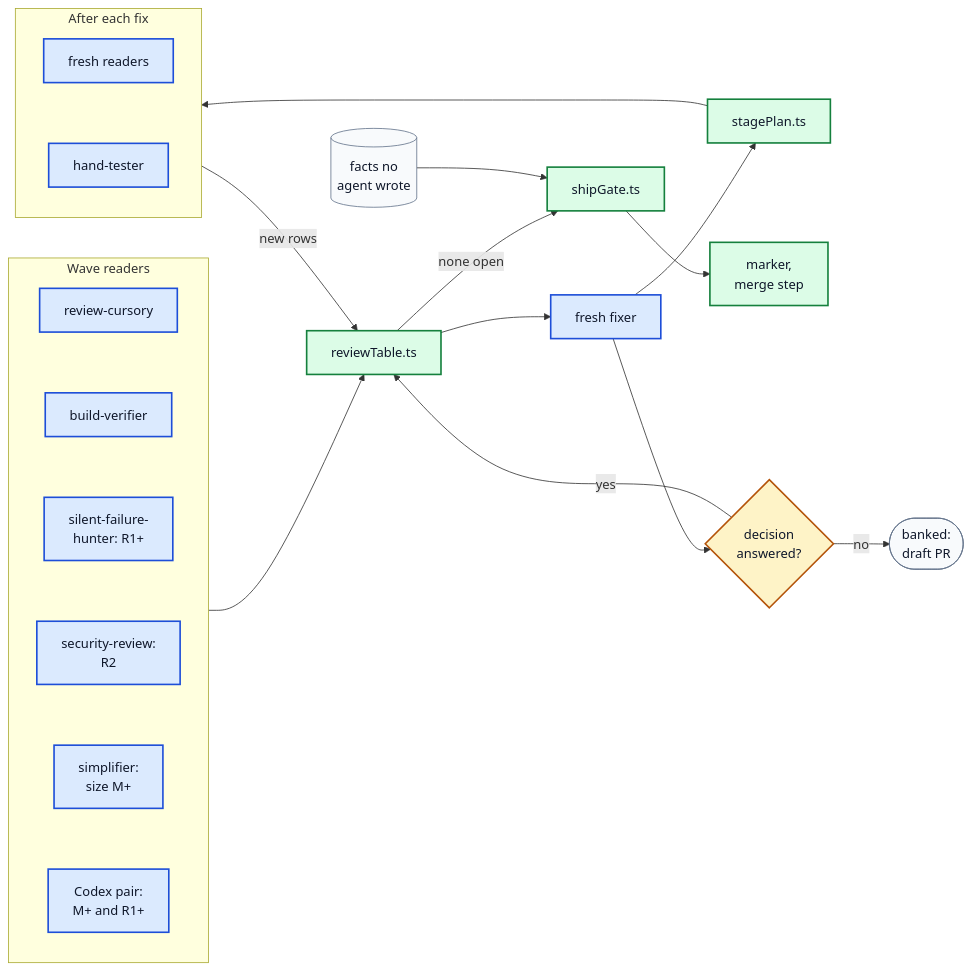
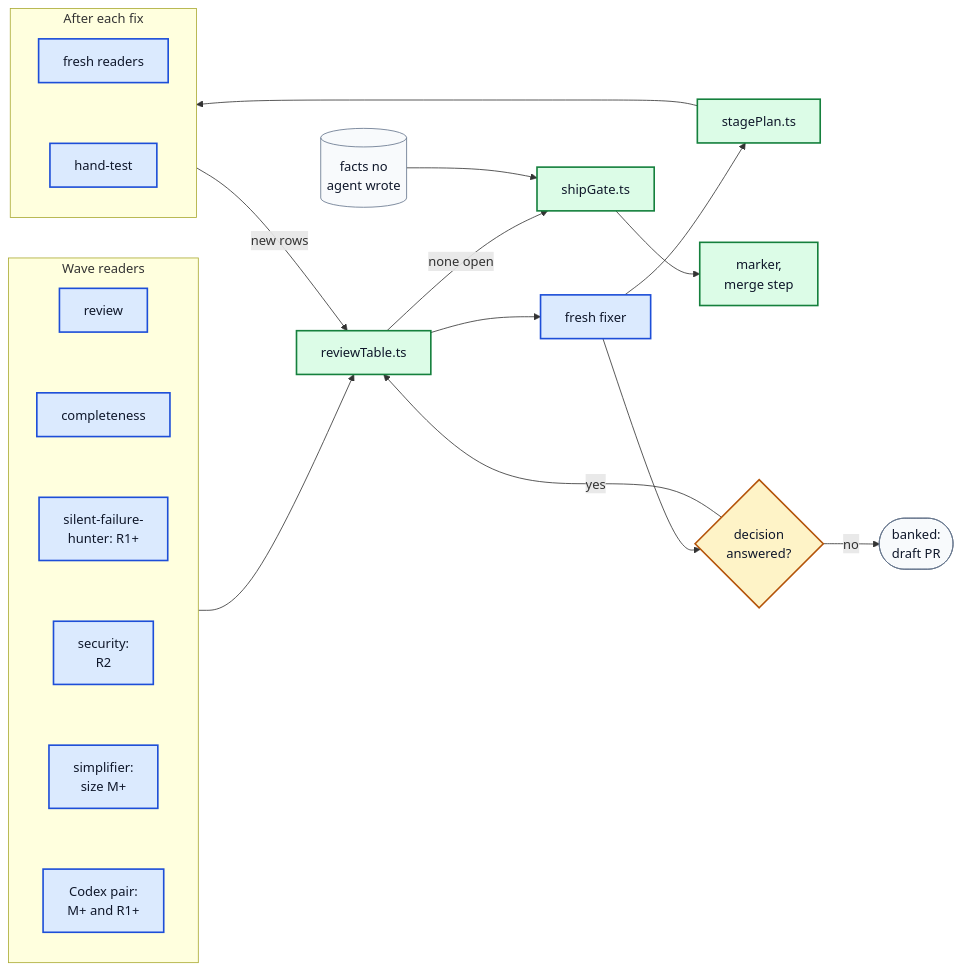
One commit to federbenjamin/agent-build changed the diagram in docs/media/close-wave.mmd. Above: the diagram before and after it, drawn with Mermaid. The commit also changed 273 other files, not shown here.

```diff
--- a/docs/media/close-wave.mmd
+++ b/docs/media/close-wave.mmd
@@ -1,47 +1,47 @@
 flowchart LR
     subgraph wave ["Wave readers"]
         direction TB
-        cur["review-cursory"]
-        ver["build-verifier"]
+        cur["review"]
+        ver["completeness"]
         hunt["silent-failure-<br/>hunter: R1+"]
-        sec["security-review:<br/>R2"]
+        sec["security:<br/>R2"]
         simp["simplifier:<br/>size M+"]
         codex["Codex pair:<br/>M+ and R1+"]
         cur ~~~ ver ~~~ hunt ~~~ sec ~~~ simp ~~~ codex
     end
 
     table["reviewTable.ts"]
     fixer["fresh fixer"]
     plan["stagePlan.ts"]
     gate["shipGate.ts"]
     merge["marker,<br/>merge step"]
     ask{"decision<br/>answered?"}
     bank(["banked:<br/>draft PR"])
     facts[("facts no<br/>agent wrote")]
 
     subgraph reread ["After each fix"]
         direction TB
         confirm["fresh readers"]
-        hand["hand-tester"]
+        hand["hand-test"]
         confirm ~~~ hand
     end
 
     wave --> table
     table --> fixer
     fixer --> plan --> reread
     reread -->|"new rows"| table
     fixer --> ask
     ask -->|"yes"| table
     ask -->|"no"| bank
     table -->|"none open"| gate
     facts --> gate
     gate --> merge
 
     classDef agent fill:#dbeafe,stroke:#1d4ed8,stroke-width:2px,color:#0f172a
     classDef script fill:#dcfce7,stroke:#15803d,stroke-width:2px,color:#0f172a
     classDef decision fill:#fef3c7,stroke:#b45309,stroke-width:2px,color:#0f172a
     classDef artifact fill:#f8fafc,stroke:#64748b,stroke-width:1px,color:#0f172a
     class cur,hunt,sec,ver,simp,codex,fixer,confirm,hand agent
     class table,plan,gate,merge script
     class ask decision
     class bank,facts artifact
```
